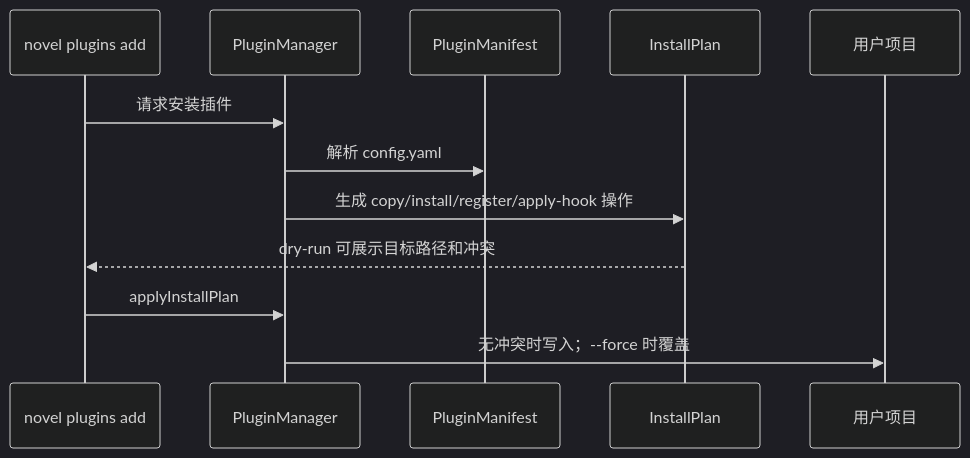
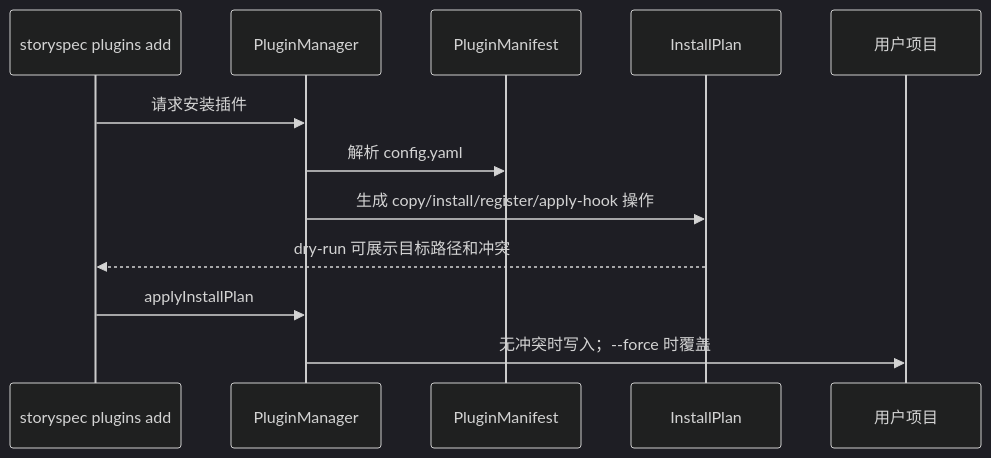
The fifth of 5 diagrams in docs/tech/architecture.md (WENZIZZHENG/story-spec), drawn with Mermaid (dark theme) before and after one commit. The commit also changed other lines of this file and 152 other files, not shown here.

````diff
--- a/docs/tech/architecture.md
+++ b/docs/tech/architecture.md
@@ -102,15 +102,15 @@
 ```mermaid
 sequenceDiagram
-  participant CLI as novel plugins add
+  participant CLI as storyspec plugins add
   participant Manager as PluginManager
   participant Manifest as PluginManifest
   participant Plan as InstallPlan
   participant Project as 用户项目
 
   CLI->>Manager: 请求安装插件
   Manager->>Manifest: 解析 config.yaml
   Manager->>Plan: 生成 copy/install/register/apply-hook 操作
   Plan-->>CLI: dry-run 可展示目标路径和冲突
   CLI->>Manager: applyInstallPlan
   Manager->>Project: 无冲突时写入；--force 时覆盖
 ```
````
